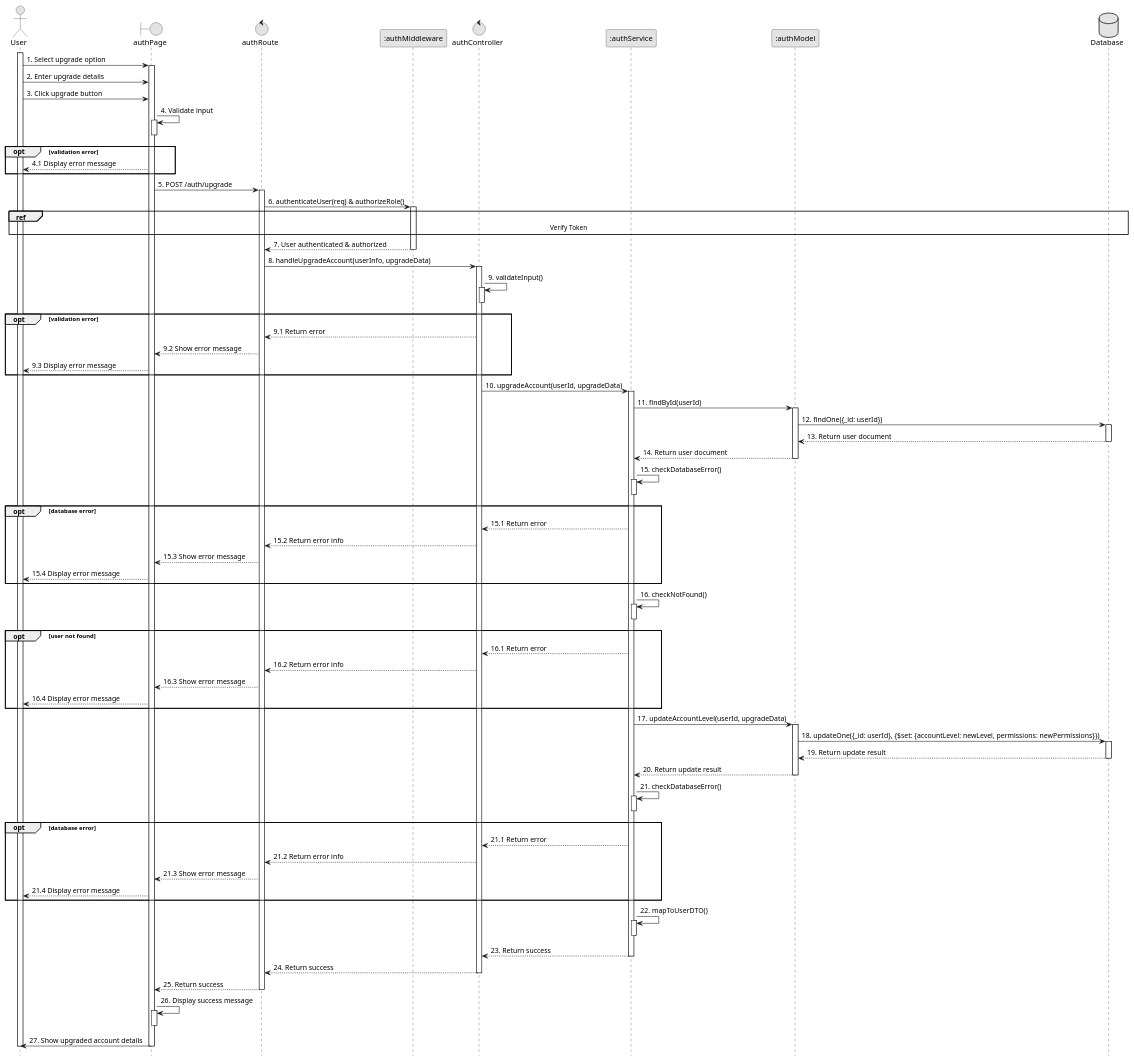
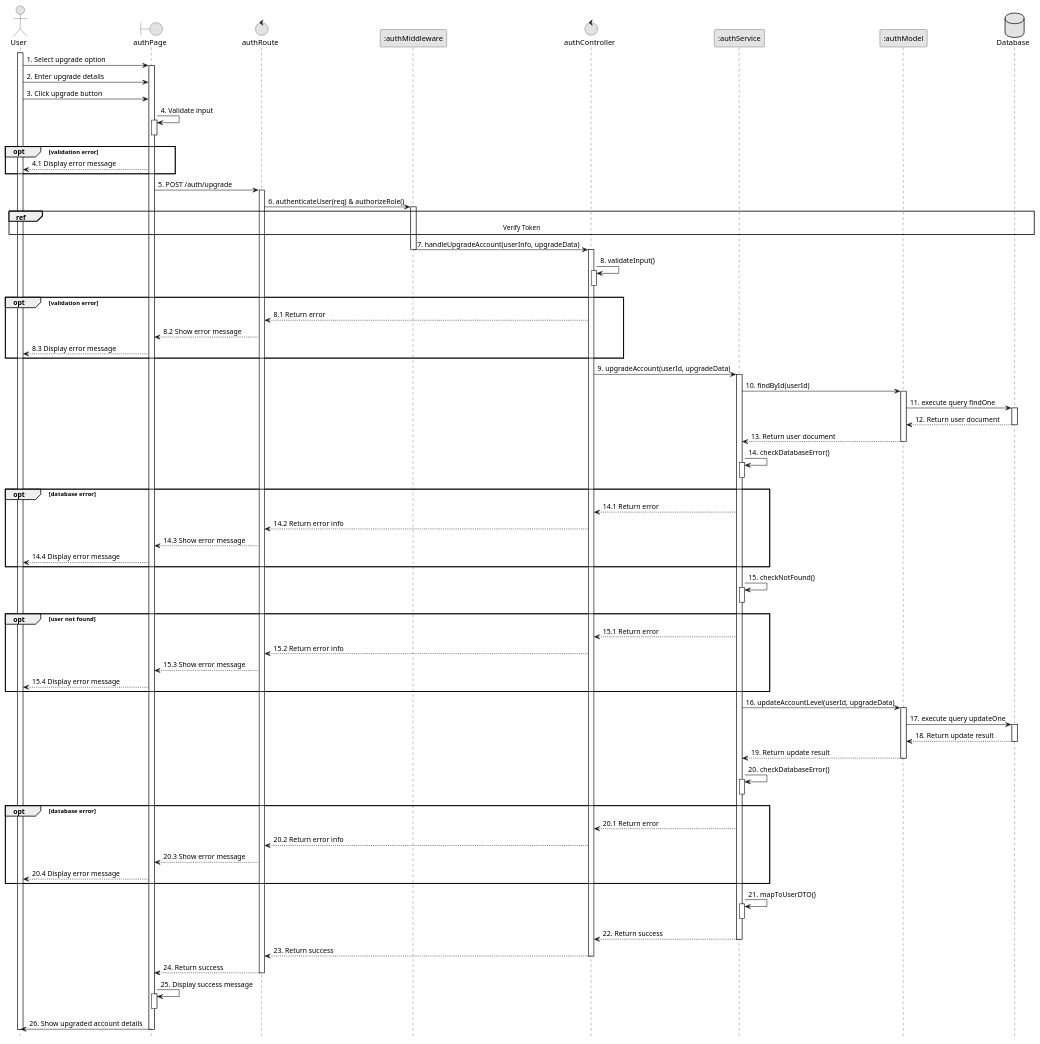
The diagram in planuml/web/7_upgradeAccount.puml (VietDurian/VietDurian), drawn with PlantUML before and after one commit. The commit also changed 22 other files, not shown here.

Commit message:
ViVLT: Edit sequences

```diff
--- a/planuml/web/7_upgradeAccount.puml
+++ b/planuml/web/7_upgradeAccount.puml
@@ -1,105 +1,104 @@
 @startuml 7_upgradeAccount
 skinparam monochrome true
 skinparam shadowing false
 skinparam sequenceArrowThickness 1
 hide footbox
 
 actor User
 boundary authPage as UI
 control authRoute as Route
 participant ":authMiddleware" as Middleware
 control authController as Controller
 participant ":authService" as Service
 participant ":authModel" as Model
 database Database as DB
 
 activate User
 User -> UI : 1. Select upgrade option
 activate UI
 User -> UI : 2. Enter upgrade details
 User -> UI : 3. Click upgrade button
 UI -> UI : 4. Validate input
 activate UI
 deactivate UI
 opt validation error
     UI --> User : 4.1 Display error message
 end
 UI -> Route : 5. POST /auth/upgrade
 activate Route
 Route -> Middleware : 6. authenticateUser(req) & authorizeRole()
 activate Middleware
 ref over User, DB: Verify Token 
-Middleware --> Route : 7. User authenticated & authorized
+Middleware -> Controller : 7. handleUpgradeAccount(userInfo, upgradeData)
 deactivate Middleware
-Route -> Controller : 8. handleUpgradeAccount(userInfo, upgradeData)
 activate Controller
-Controller -> Controller : 9. validateInput()
+Controller -> Controller : 8. validateInput()
 activate Controller
 deactivate Controller
 opt validation error
-    Controller --> Route : 9.1 Return error
-    Route --> UI : 9.2 Show error message
-    UI --> User : 9.3 Display error message
+    Controller --> Route : 8.1 Return error
+    Route --> UI : 8.2 Show error message
+    UI --> User : 8.3 Display error message
 end
-Controller -> Service : 10. upgradeAccount(userId, upgradeData)
+Controller -> Service : 9. upgradeAccount(userId, upgradeData)
 activate Service
-Service -> Model : 11. findById(userId)
+Service -> Model : 10. findById(userId)
 activate Model
-Model -> DB : 12. findOne({_id: userId})
+Model -> DB : 11. execute query findOne
 activate DB
-DB --> Model : 13. Return user document
+DB --> Model : 12. Return user document
 deactivate DB
-Model --> Service : 14. Return user document
+Model --> Service : 13. Return user document
 deactivate Model
-Service -> Service : 15. checkDatabaseError()
+Service -> Service : 14. checkDatabaseError()
 activate Service
 deactivate Service
 opt database error
+    Service --> Controller : 14.1 Return error
+    Controller --> Route : 14.2 Return error info
+    Route --> UI : 14.3 Show error message
+    UI --> User : 14.4 Display error message
+end
+Service -> Service : 15. checkNotFound()
+activate Service
+deactivate Service
+opt user not found
     Service --> Controller : 15.1 Return error
     Controller --> Route : 15.2 Return error info
     Route --> UI : 15.3 Show error message
     UI --> User : 15.4 Display error message
 end
-Service -> Service : 16. checkNotFound()
-activate Service
-deactivate Service
-opt user not found
-    Service --> Controller : 16.1 Return error
-    Controller --> Route : 16.2 Return error info
-    Route --> UI : 16.3 Show error message
-    UI --> User : 16.4 Display error message
-end
-Service -> Model : 17. updateAccountLevel(userId, upgradeData)
+Service -> Model : 16. updateAccountLevel(userId, upgradeData)
 activate Model
-Model -> DB : 18. updateOne({_id: userId}, {$set: {accountLevel: newLevel, permissions: newPermissions}})
+Model -> DB : 17. execute query updateOne
 activate DB
-DB --> Model : 19. Return update result
+DB --> Model : 18. Return update result
 deactivate DB
-Model --> Service : 20. Return update result
+Model --> Service : 19. Return update result
 deactivate Model
-Service -> Service : 21. checkDatabaseError()
+Service -> Service : 20. checkDatabaseError()
 activate Service
 deactivate Service
 opt database error
-    Service --> Controller : 21.1 Return error
-    Controller --> Route : 21.2 Return error info
-    Route --> UI : 21.3 Show error message
-    UI --> User : 21.4 Display error message
+    Service --> Controller : 20.1 Return error
+    Controller --> Route : 20.2 Return error info
+    Route --> UI : 20.3 Show error message
+    UI --> User : 20.4 Display error message
 end
-Service -> Service : 22. mapToUserDTO()
+Service -> Service : 21. mapToUserDTO()
 activate Service
 deactivate Service
-Service --> Controller : 23. Return success
+Service --> Controller : 22. Return success
 deactivate Service
-Controller --> Route : 24. Return success
+Controller --> Route : 23. Return success
 deactivate Controller
-Route --> UI : 25. Return success
+Route --> UI : 24. Return success
 deactivate Route
-UI -> UI : 26. Display success message
+UI -> UI : 25. Display success message
 activate UI
 deactivate UI
-UI -> User : 27. Show upgraded account details
+UI -> User : 26. Show upgraded account details
 deactivate UI
 deactivate User
 
 @enduml
```
